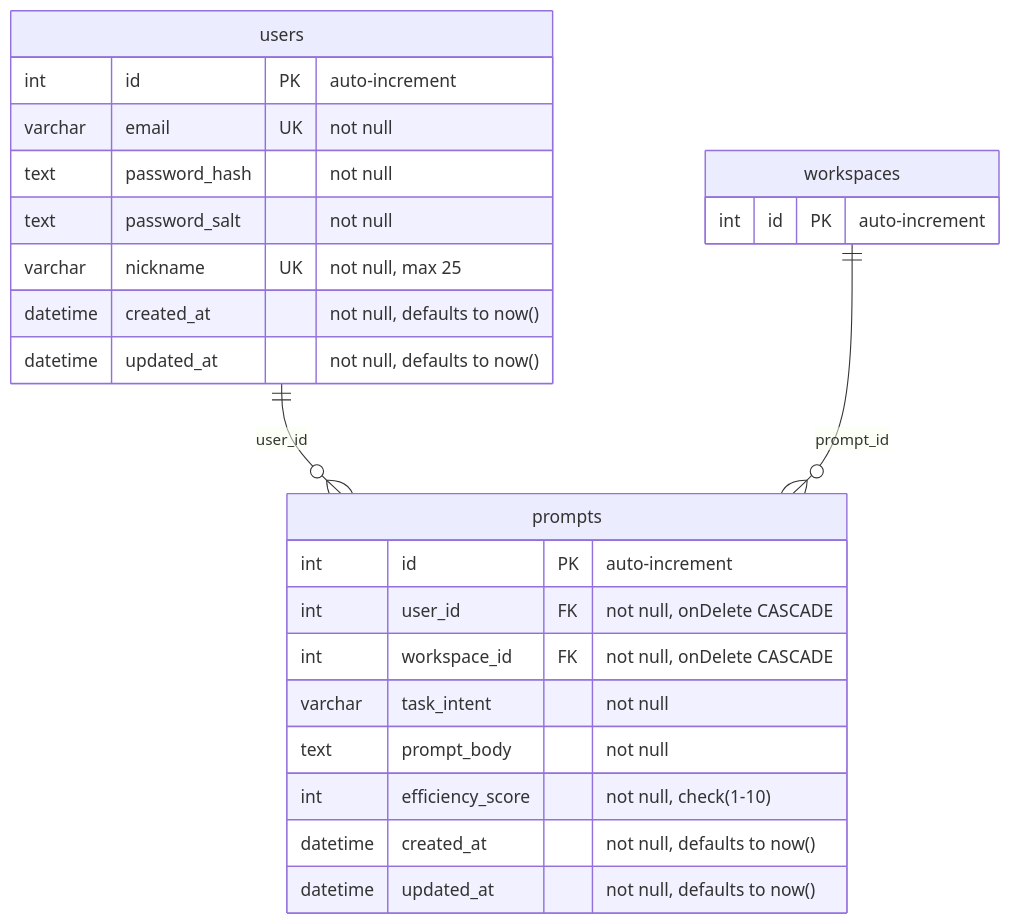
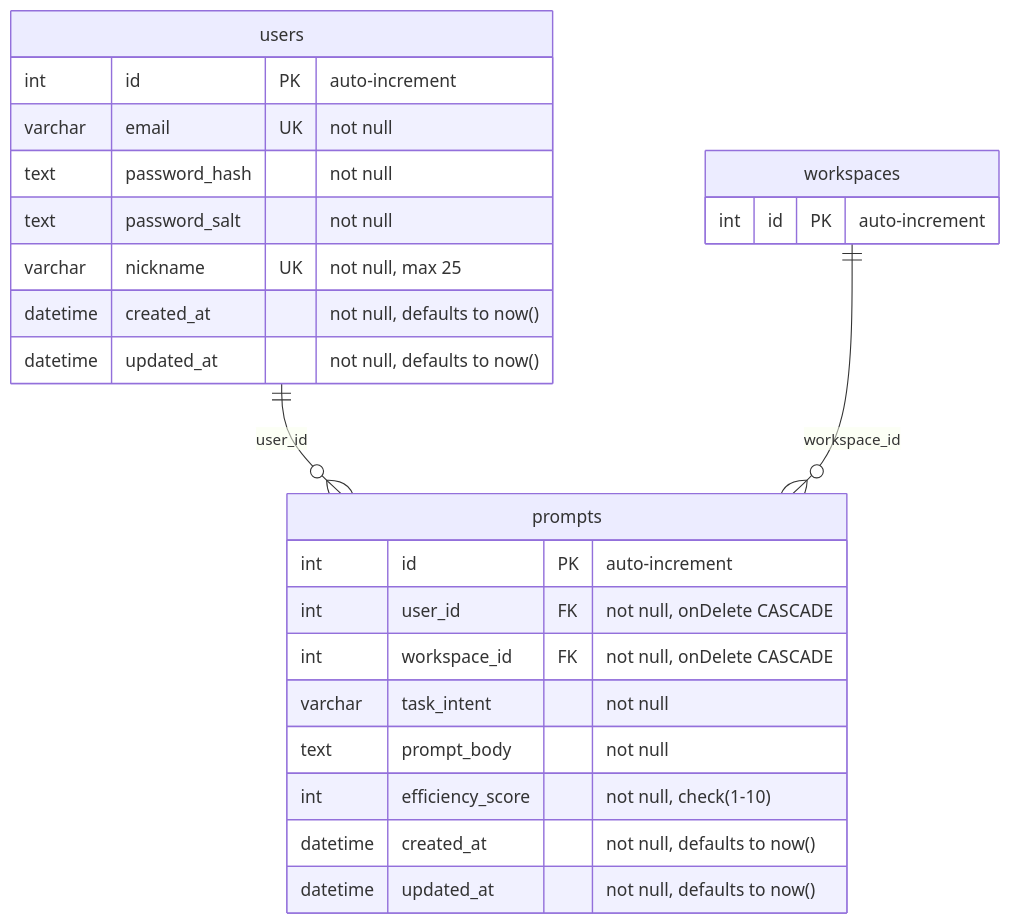
Before and after one commit to BinaryStudioAcademy/bsa-2026-promtomat: the diagram in readme.md, drawn with Mermaid.

Commit message:
fix: update relationship label pm-71

````diff
--- a/readme.md
+++ b/readme.md
@@ -40,30 +40,30 @@
 ```mermaid
 erDiagram
     users ||--o{ prompts : "user_id"
-    workspaces ||--o{ prompts : "prompt_id"
+    workspaces ||--o{ prompts : "workspace_id"
 
     users {
         int id PK "auto-increment"
         varchar email UK "not null"
         text password_hash "not null"
         text password_salt "not null"
         varchar nickname UK "not null, max 25"
         datetime created_at "not null, defaults to now()"
         datetime updated_at "not null, defaults to now()"
     }
 
     workspaces {
         int id PK "auto-increment"
     }
 
     prompts {
         int id PK "auto-increment"
         int user_id FK "not null, onDelete CASCADE"
         int workspace_id FK "not null, onDelete CASCADE"
         varchar task_intent "not null"
         text prompt_body "not null"
         int efficiency_score "not null, check(1-10)"
         datetime created_at "not null, defaults to now()"
         datetime updated_at "not null, defaults to now()"
     }
 ```
````
